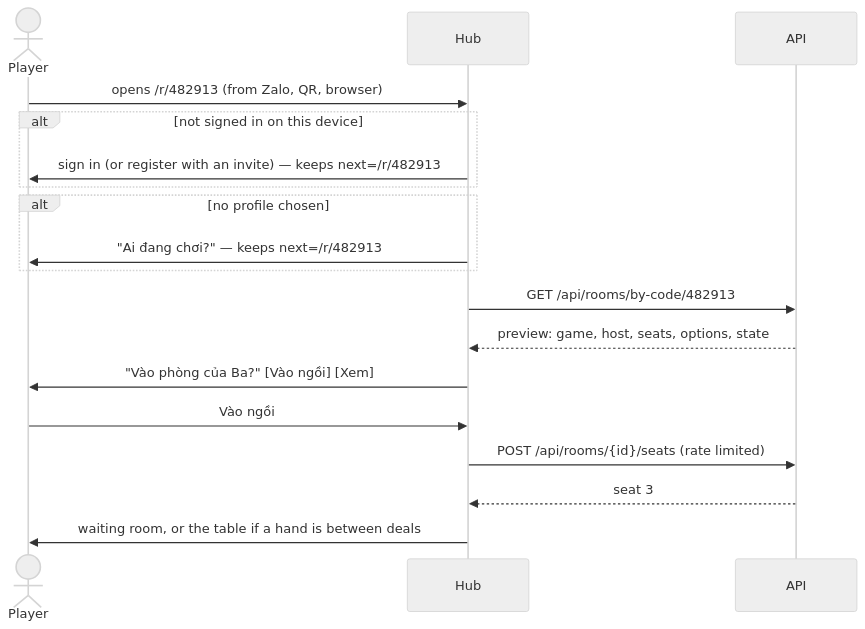
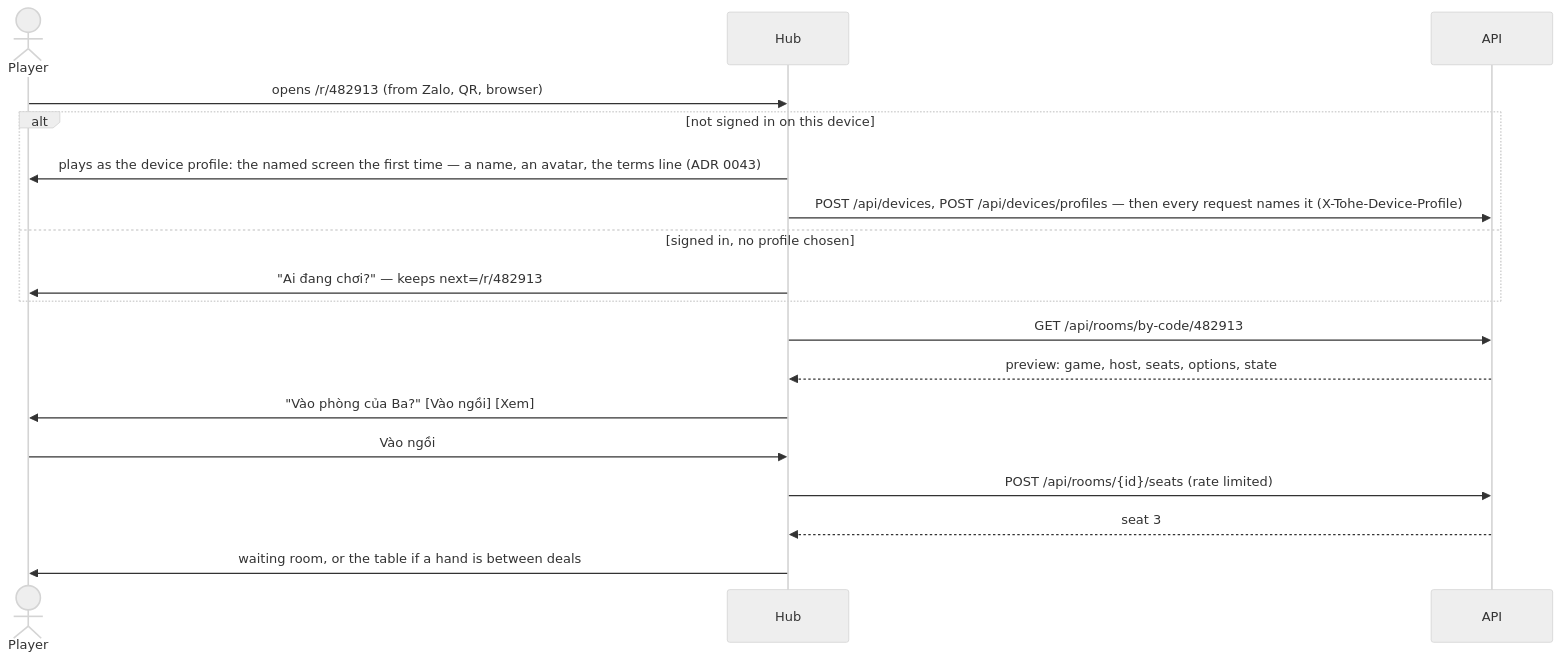
The second of 3 diagrams in docs/architecture/rooms.md (vinh466/tohe-play), drawn with Mermaid (neutral theme) before and after one commit. The commit also changed other lines of this file and 77 other files, not shown here.

First line of the commit message:
feat: device profiles on the server, and tables open to them (ADR 0043, I2a)

````diff
--- a/docs/architecture/rooms.md
+++ b/docs/architecture/rooms.md
@@ -123,21 +124,21 @@
 ```mermaid
 sequenceDiagram
   actor P as Player
   participant H as Hub
   participant API
 
   P->>H: opens /r/482913 (from Zalo, QR, browser)
   alt not signed in on this device
-    H->>P: sign in (or register with an invite) — keeps next=/r/482913
-  end
-  alt no profile chosen
+    H->>P: plays as the device profile: the named screen the first time — a name, an avatar, the terms line (ADR 0043)
+    H->>API: POST /api/devices, POST /api/devices/profiles — then every request names it (X-Tohe-Device-Profile)
+  else signed in, no profile chosen
     H->>P: "Ai đang chơi?" — keeps next=/r/482913
   end
   H->>API: GET /api/rooms/by-code/482913
   API-->>H: preview: game, host, seats, options, state
   H->>P: "Vào phòng của Ba?" [Vào ngồi] [Xem]
   P->>H: Vào ngồi
   H->>API: POST /api/rooms/{id}/seats (rate limited)
   API-->>H: seat 3
   H->>P: waiting room, or the table if a hand is between deals
 ```
````
